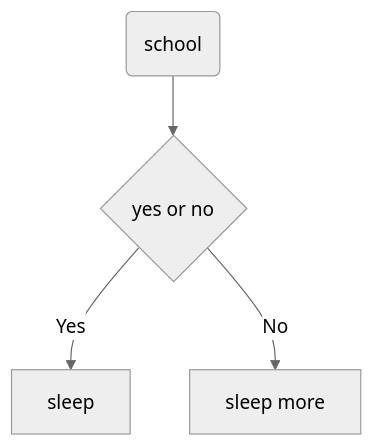
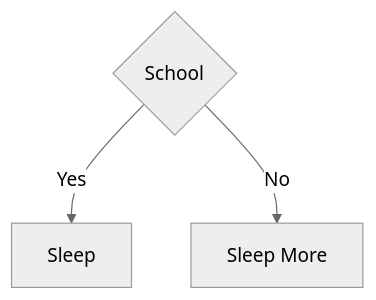
One commit to onnikiv/onnikiv changed the diagram in README.md. Above: the diagram before and after it, drawn with Mermaid.

````diff
--- a/README.md
+++ b/README.md
@@ -3,11 +3,11 @@
 ```mermaid
 ---
 config:
   look: dark
   theme: neutral
 ---
 flowchart TB
-    A(school) --> B{yes or no}
-    B -->|Yes| C[sleep]
-    B -->|No| D[sleep more]
+    A{School}
+    A -->|Yes| C[Sleep]
+    A -->|No| D[Sleep More]
 ```
````
